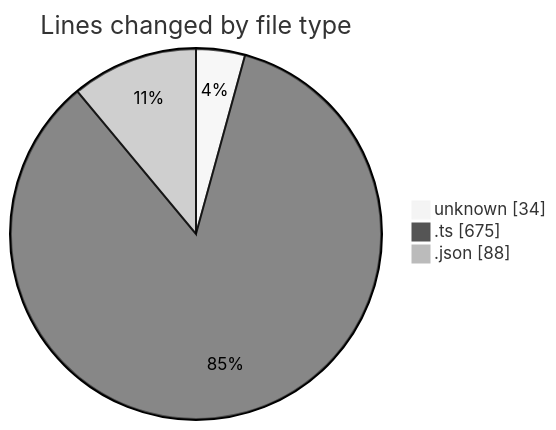
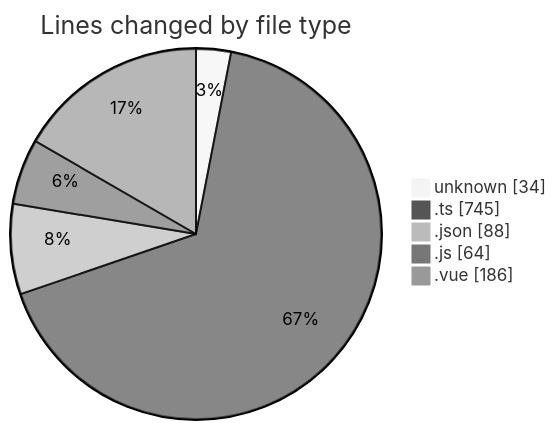
The first of 2 diagrams in 2025-07-13/rentotp/README.md (lephambinh05/code-tracking), drawn with Mermaid (neutral theme) before and after one commit. The commit also changed other lines of this file and 1 other file, not shown here.

````diff
--- a/2025-07-13/rentotp/README.md
+++ b/2025-07-13/rentotp/README.md
@@ -37,7 +40,9 @@
 ```mermaid
 pie showData
 title Lines changed by file type
 "unknown" : 34
-".ts" : 675
+".ts" : 745
 ".json" : 88
+".js" : 64
+".vue" : 186
 ```
````
